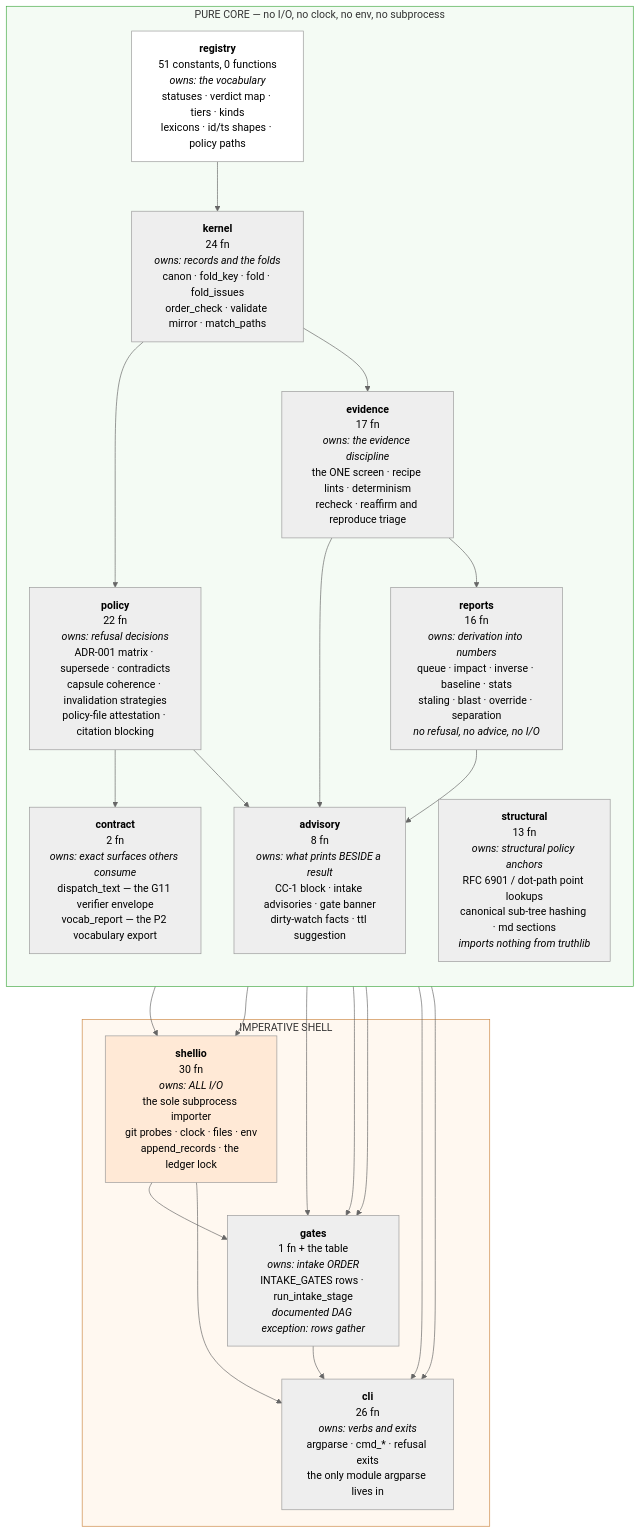
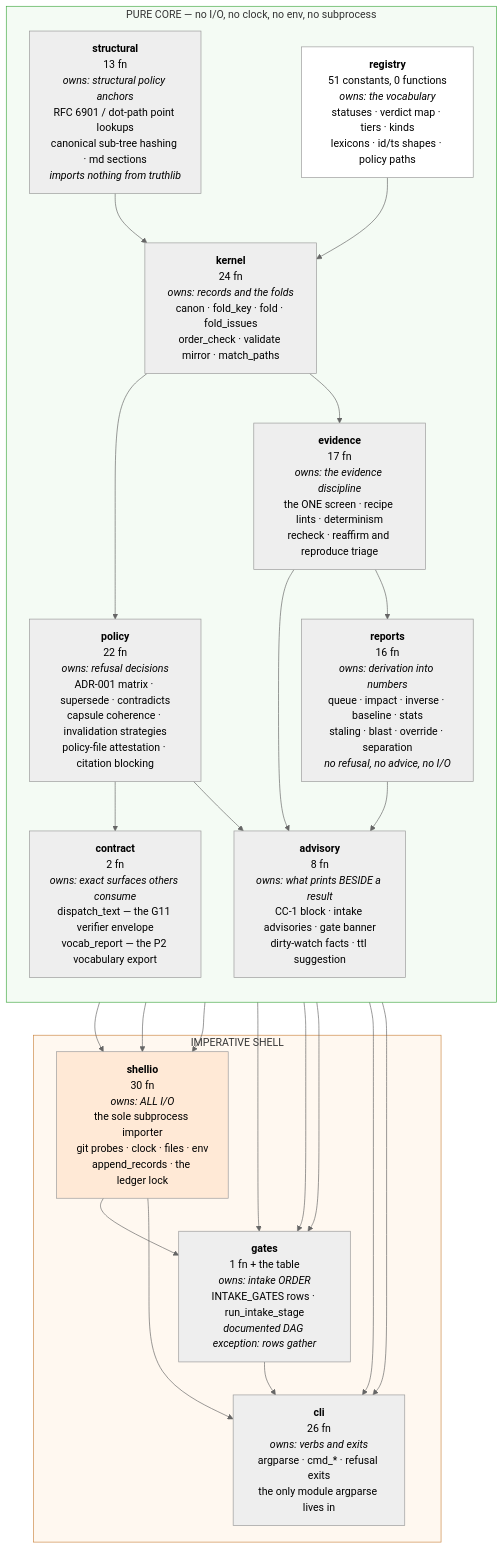
The first of 3 diagrams in template/docs/structure.md (m1981/truth-ledger), drawn with Mermaid (neutral theme) before and after one commit. The commit also changed 10 other files, not shown here.

````diff
--- a/template/docs/structure.md
+++ b/template/docs/structure.md
@@ -42,44 +42,46 @@
 ```mermaid
 flowchart TB
     subgraph PURE["PURE CORE — no I/O, no clock, no env, no subprocess"]
         direction TB
         REG["<b>registry</b><br/>51 constants, 0 functions<br/><i>owns: the vocabulary</i><br/>statuses · verdict map · tiers · kinds<br/>lexicons · id/ts shapes · policy paths"]
         KER["<b>kernel</b><br/>24 fn<br/><i>owns: records and the folds</i><br/>canon · fold_key · fold · fold_issues<br/>order_check · validate mirror · match_paths"]
         EVI["<b>evidence</b><br/>17 fn<br/><i>owns: the evidence discipline</i><br/>the ONE screen · recipe lints · determinism<br/>recheck · reaffirm and reproduce triage"]
         POL["<b>policy</b><br/>22 fn<br/><i>owns: refusal decisions</i><br/>ADR-001 matrix · supersede · contradicts<br/>capsule coherence · invalidation strategies<br/>policy-file attestation · citation blocking"]
         REP["<b>reports</b><br/>16 fn<br/><i>owns: derivation into numbers</i><br/>queue · impact · inverse · baseline · stats<br/>staling · blast · override · separation<br/><i>no refusal, no advice, no I/O</i>"]
         CON["<b>contract</b><br/>2 fn<br/><i>owns: exact surfaces others consume</i><br/>dispatch_text — the G11 verifier envelope<br/>vocab_report — the P2 vocabulary export"]
         ADV["<b>advisory</b><br/>8 fn<br/><i>owns: what prints BESIDE a result</i><br/>CC-1 block · intake advisories · gate banner<br/>dirty-watch facts · ttl suggestion"]
         SEL["<b>structural</b><br/>13 fn<br/><i>owns: structural policy anchors</i><br/>RFC 6901 / dot-path point lookups<br/>canonical sub-tree hashing · md sections<br/><i>imports nothing from truthlib</i>"]
     end
 
     subgraph EDGE["IMPERATIVE SHELL"]
         SIO["<b>shellio</b><br/>30 fn<br/><i>owns: ALL I/O</i><br/>the sole subprocess importer<br/>git probes · clock · files · env<br/>append_records · the ledger lock"]
         GAT["<b>gates</b><br/>1 fn + the table<br/><i>owns: intake ORDER</i><br/>INTAKE_GATES rows · run_intake_stage<br/><i>documented DAG exception: rows gather</i>"]
         CLI["<b>cli</b><br/>26 fn<br/><i>owns: verbs and exits</i><br/>argparse · cmd_* · refusal exits<br/>the only module argparse lives in"]
     end
 
     REG --> KER
+    SEL --> KER
+    SEL --> SIO
     KER --> EVI
     KER --> POL
     EVI --> REP
     POL --> CON
     REP --> ADV
     EVI --> ADV
     POL --> ADV
     KER --> SIO
     REG --> SIO
     POL --> GAT
     REP --> GAT
     EVI --> GAT
     SIO --> GAT
     ADV --> CLI
     CON --> CLI
     GAT --> CLI
     SIO --> CLI
 
     style PURE fill:#f4fbf4,stroke:#4a4
     style EDGE fill:#fff8f0,stroke:#c84
     style REG fill:#fff
     style SIO fill:#ffe9d6
 ```
````
